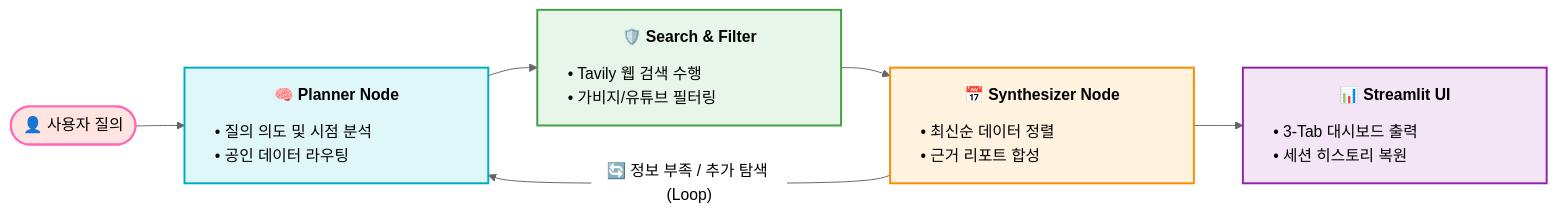
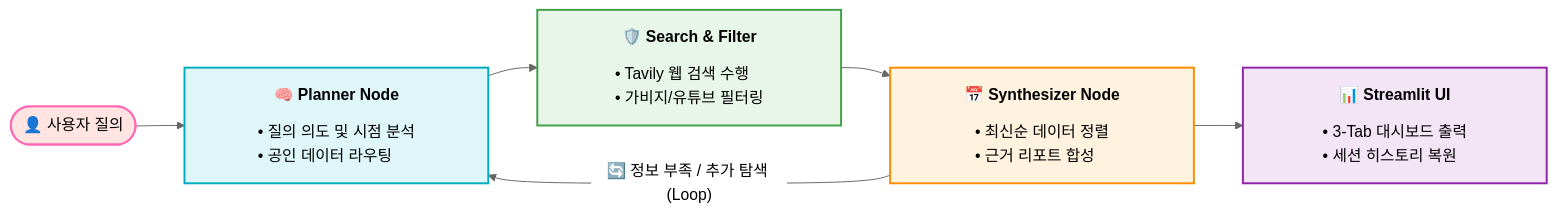
Before and after one commit to sbg990530/Document-Agent: the diagram in README.md, drawn with Mermaid (neutral theme).

````diff
--- a/README.md
+++ b/README.md
@@ -19,27 +19,27 @@
 ```mermaid
 graph LR
     classDef userStyle fill:#FFE4E1,stroke:#FF69B4,stroke-width:2px,color:#000;
     classDef plannerStyle fill:#E0F7FA,stroke:#00ACC1,stroke-width:2px,color:#000;
     classDef filterStyle fill:#E8F5E9,stroke:#43A047,stroke-width:2px,color:#000;
     classDef synthStyle fill:#FFF3E0,stroke:#FB8C00,stroke-width:2px,color:#000;
     classDef uiStyle fill:#F3E5F5,stroke:#8E24AA,stroke-width:2px,color:#000;
 
     A([👤 사용자 질의]):::userStyle 
     
-    B["<table style='min-width: 250px; border-collapse: collapse; margin: 0 auto;'><tr><td align='center' style='padding-bottom: 6px;'><b>🧠 Planner Node</b></td></tr><tr><td style='border-top: 1px solid #00ACC1; padding-top: 8px; text-align: left;'>• 질의 의도 및 시점 분석<br/>• 공인 데이터 라우팅</td></tr></table>"]:::plannerStyle
+    B["<table style='min-width: 250px; border-collapse: collapse; margin: 0 auto;'><tr><td align='center' style='padding-bottom: 6px;'><b>🧠 Planner Node</b></td></tr><tr><td style='border-top: 1px solid #00ACC1; padding-top: 8px; text-align: center;'><div style='display: inline-block; text-align: left;'>• 질의 의도 및 시점 분석<br/>• 공인 데이터 라우팅</div></td></tr></table>"]:::plannerStyle
     
-    C["<table style='min-width: 250px; border-collapse: collapse; margin: 0 auto;'><tr><td align='center' style='padding-bottom: 6px;'><b>🛡️ Search & Filter</b></td></tr><tr><td style='border-top: 1px solid #43A047; padding-top: 8px; text-align: left;'>• Tavily 웹 검색 수행<br/>• 가비지/유튜브 필터링</td></tr></table>"]:::filterStyle
+    C["<table style='min-width: 250px; border-collapse: collapse; margin: 0 auto;'><tr><td align='center' style='padding-bottom: 6px;'><b>🛡️ Search & Filter</b></td></tr><tr><td style='border-top: 1px solid #43A047; padding-top: 8px; text-align: center;'><div style='display: inline-block; text-align: left;'>• Tavily 웹 검색 수행<br/>• 가비지/유튜브 필터링</div></td></tr></table>"]:::filterStyle
     
-    D["<table style='min-width: 250px; border-collapse: collapse; margin: 0 auto;'><tr><td align='center' style='padding-bottom: 6px;'><b>📅 Synthesizer Node</b></td></tr><tr><td style='border-top: 1px solid #FB8C00; padding-top: 8px; text-align: left;'>• 최신순 데이터 정렬<br/>• 근거 리포트 합성</td></tr></table>"]:::synthStyle
+    D["<table style='min-width: 250px; border-collapse: collapse; margin: 0 auto;'><tr><td align='center' style='padding-bottom: 6px;'><b>📅 Synthesizer Node</b></td></tr><tr><td style='border-top: 1px solid #FB8C00; padding-top: 8px; text-align: center;'><div style='display: inline-block; text-align: left;'>• 최신순 데이터 정렬<br/>• 근거 리포트 합성</div></td></tr></table>"]:::synthStyle
     
-    E["<table style='min-width: 250px; border-collapse: collapse; margin: 0 auto;'><tr><td align='center' style='padding-bottom: 6px;'><b>📊 Streamlit UI</b></td></tr><tr><td style='border-top: 1px solid #8E24AA; padding-top: 8px; text-align: left;'>• 3-Tab 대시보드 출력<br/>• 세션 히스토리 복원</td></tr></table>"]:::uiStyle
+    E["<table style='min-width: 250px; border-collapse: collapse; margin: 0 auto;'><tr><td align='center' style='padding-bottom: 6px;'><b>📊 Streamlit UI</b></td></tr><tr><td style='border-top: 1px solid #8E24AA; padding-top: 8px; text-align: center;'><div style='display: inline-block; text-align: left;'>• 3-Tab 대시보드 출력<br/>• 세션 히스토리 복원</div></td></tr></table>"]:::uiStyle
 
     %% 정방향 파이프라인 흐름
     A --> B
     B --> C
     C --> D
     D --> E
     
     %% LangGraph 피드백 루프
     D -- "🔄 정보 부족 / 추가 탐색 (Loop)" --> B
 ```
````
